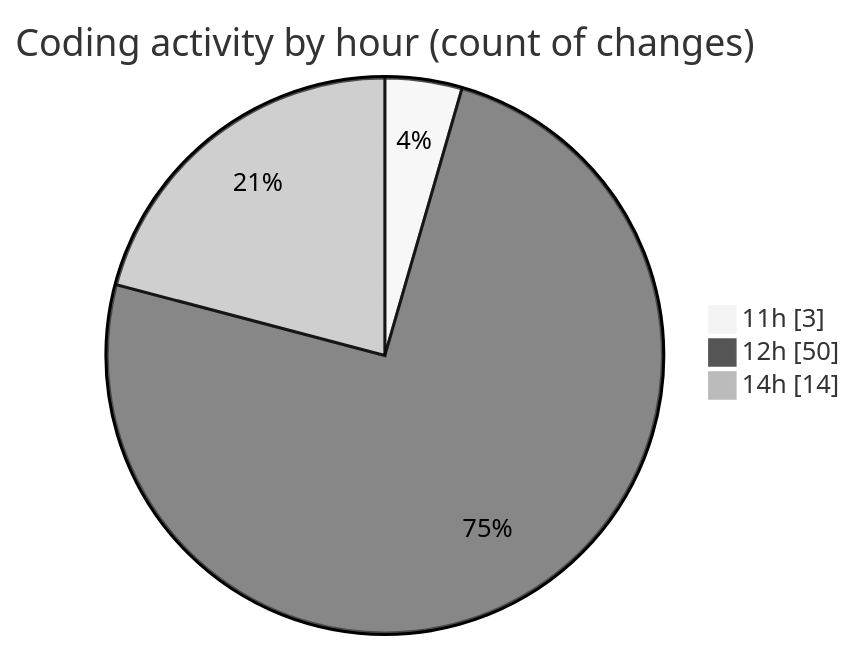
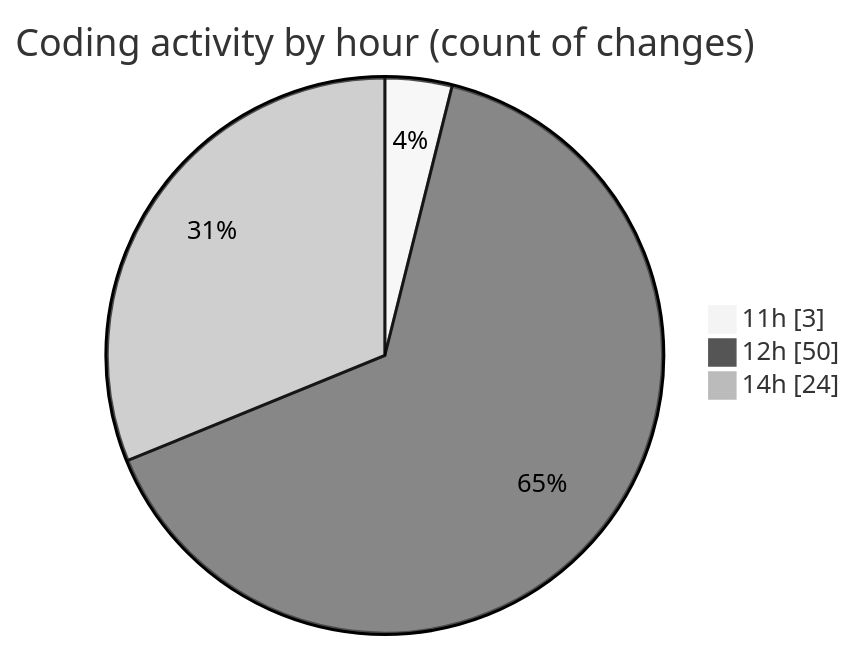
Before and after one commit to nxtqubesakshisongat/code-tracking: the second of 2 diagrams in 2025-11-03/nxtqube_webapp/README.md, drawn with Mermaid (neutral theme). The commit also changed other lines of this file and 1 other file, not shown here.

````diff
--- a/2025-11-03/nxtqube_webapp/README.md
+++ b/2025-11-03/nxtqube_webapp/README.md
@@ -44,7 +44,7 @@
 ```mermaid
 pie showData
 title Coding activity by hour (count of changes)
 "11h" : 3
 "12h" : 50
-"14h" : 14
+"14h" : 24
 ```
````
